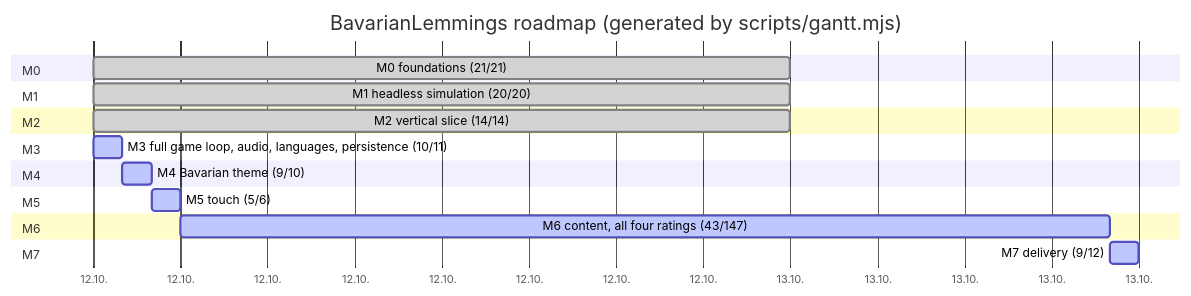
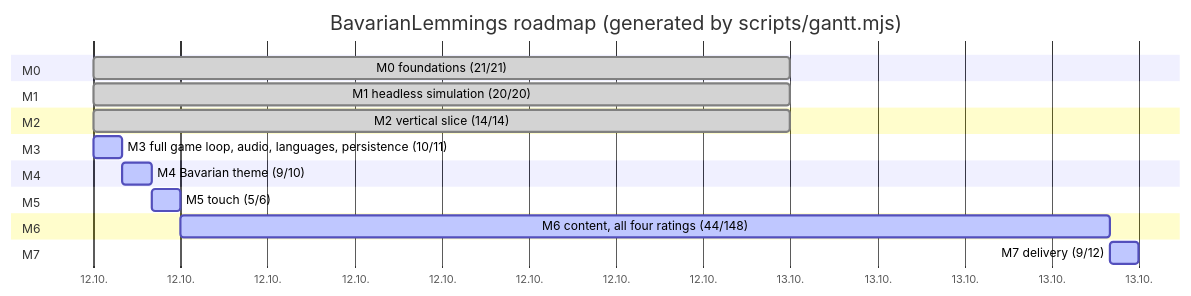
Before and after one commit to marcelpetrick/BavarianLemmings: the diagram in plan.md, drawn with Mermaid. The commit also changed other lines of this file and 4 other files, not shown here.

````diff
--- a/plan.md
+++ b/plan.md
@@ -43,22 +43,22 @@
 ```mermaid
 gantt
     title BavarianLemmings roadmap (generated by scripts/gantt.mjs)
     dateFormat  YYYY-MM-DD
     axisFormat  %d.%m.
     section M0
     M0 foundations (21/21) :done, m0, 2026-10-12, 1d
     section M1
     M1 headless simulation (20/20) :done, m1, 2026-10-12, 1d
     section M2
     M2 vertical slice (14/14) :done, m2, 2026-10-12, 1d
     section M3
     M3 full game loop, audio, languages, persistence (10/11) :active, m3, 2026-10-12, 1h
     section M4
     M4 Bavarian theme (9/10) :active, m4, after m3, 1h
     section M5
     M5 touch (5/6) :active, m5, after m4, 1h
     section M6
-    M6 content, all four ratings (43/147) :active, m6, after m5, 32h
+    M6 content, all four ratings (44/148) :active, m6, after m5, 32h
     section M7
     M7 delivery (9/12) :active, m7, after m6, 1h
 ```
````
